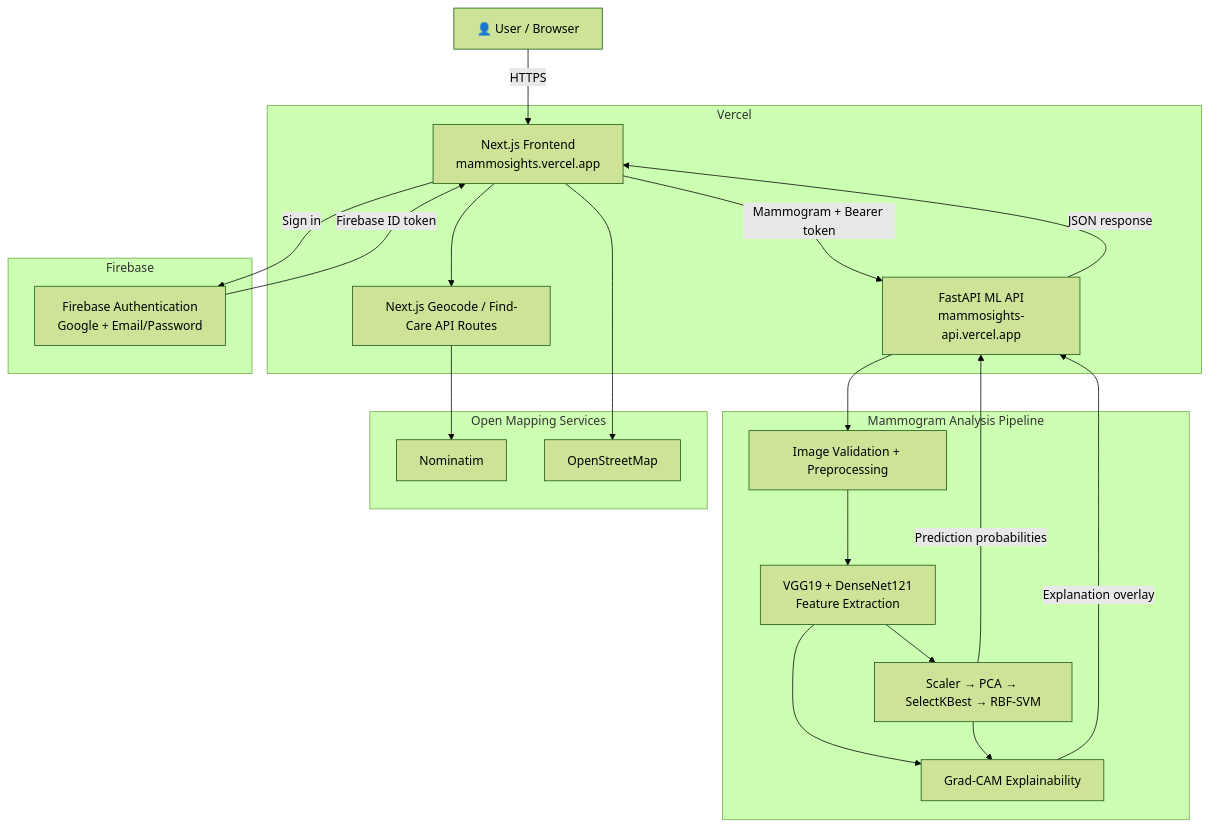
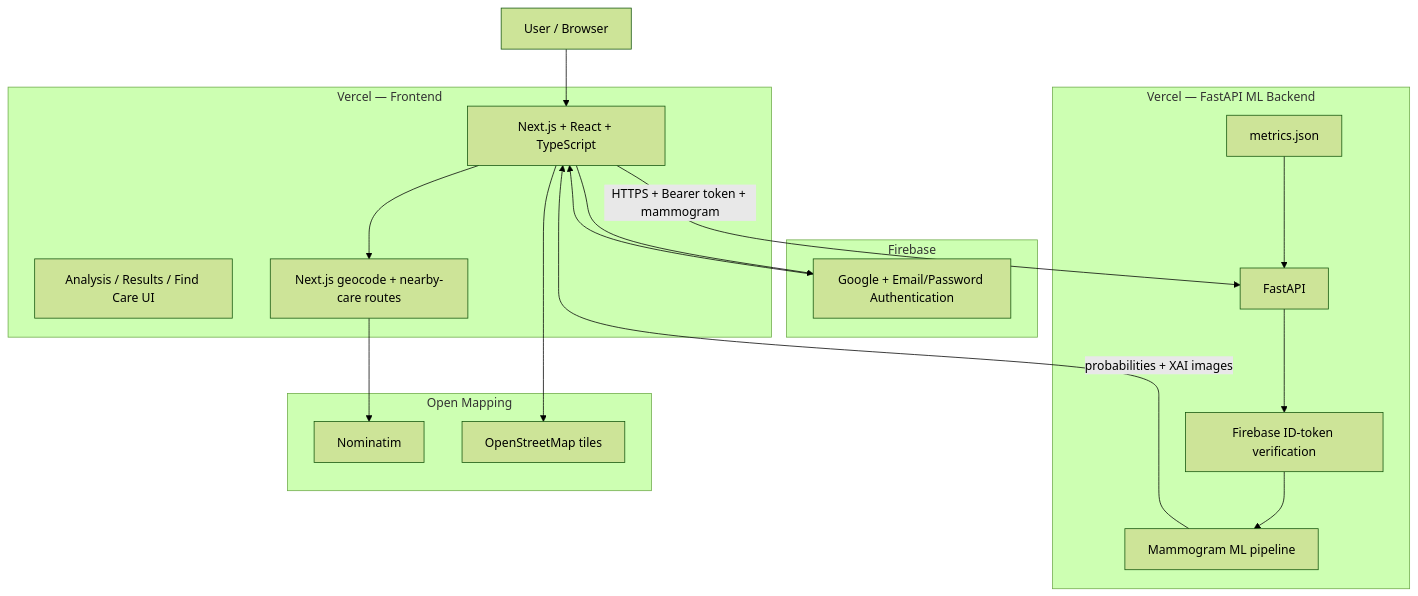
The second of 3 diagrams in README.md (Payoshnee/MammoSights), drawn with Mermaid (forest theme) before and after one commit. The commit also changed other lines of this file and 18 other files, not shown here.

````diff
--- a/README.md
+++ b/README.md
@@ -102,42 +562,40 @@
 ```mermaid
 flowchart TB
-    U["👤 User / Browser"]
+    U["User / Browser"]
 
-    subgraph VERCEL["Vercel"]
-        FE["Next.js Frontend<br/>mammosights.vercel.app"]
-        API["FastAPI ML API<br/>mammosights-api.vercel.app"]
-        GEO["Next.js Geocode / Find-Care API Routes"]
+    subgraph FE["Vercel — Frontend"]
+        NEXT["Next.js + React + TypeScript"]
+        UI["Analysis / Results / Find Care UI"]
+        GEO["Next.js geocode + nearby-care routes"]
     end
 
-    subgraph FIREBASE["Firebase"]
-        AUTH["Firebase Authentication<br/>Google + Email/Password"]
+    subgraph FB["Firebase"]
+        AUTH["Google + Email/Password Authentication"]
     end
 
-    subgraph ML["Mammogram Analysis Pipeline"]
-        PRE["Image Validation + Preprocessing"]
-        CNN["VGG19 + DenseNet121<br/>Feature Extraction"]
-        CLASS["Scaler → PCA → SelectKBest → RBF-SVM"]
-        XAI["Grad-CAM Explainability"]
+    subgraph API["Vercel — FastAPI ML Backend"]
+        FAST["FastAPI"]
+        TOKEN["Firebase ID-token verification"]
+        PIPE["Mammogram ML pipeline"]
+        MET["metrics.json"]
     end
 
-    subgraph MAPS["Open Mapping Services"]
+    subgraph MAP["Open Mapping"]
         NOM["Nominatim"]
-        OSM["OpenStreetMap"]
+        OSM["OpenStreetMap tiles"]
     end
 
-    U -->|"HTTPS"| FE
-    FE -->|"Sign in"| AUTH
-    AUTH -->|"Firebase ID token"| FE
-    FE -->|"Mammogram + Bearer token"| API
-    API --> PRE
-    PRE --> CNN
-    CNN --> CLASS
-    CLASS -->|"Prediction probabilities"| API
-    CNN --> XAI
-    CLASS --> XAI
-    XAI -->|"Explanation overlay"| API
-    API -->|"JSON response"| FE
-    FE --> GEO
+    U --> NEXT
+    NEXT --> AUTH
+    AUTH --> NEXT
+
+    NEXT -->|"HTTPS + Bearer token + mammogram"| FAST
+    FAST --> TOKEN
+    TOKEN --> PIPE
+    PIPE -->|"probabilities + XAI images"| NEXT
+    MET --> FAST
+
+    NEXT --> GEO
     GEO --> NOM
-    FE --> OSM
+    NEXT --> OSM
 ```
````
